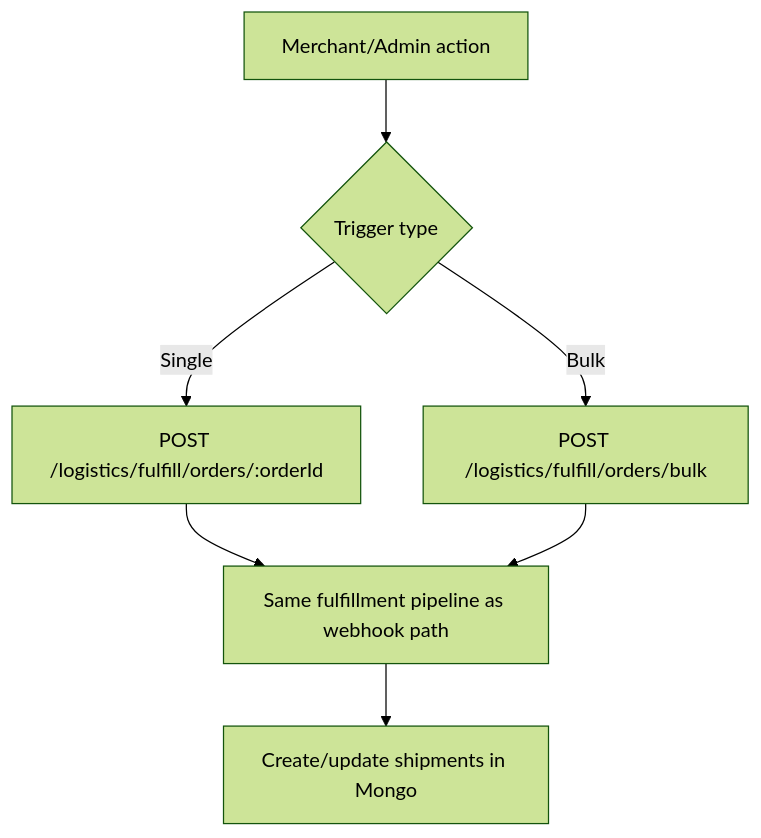
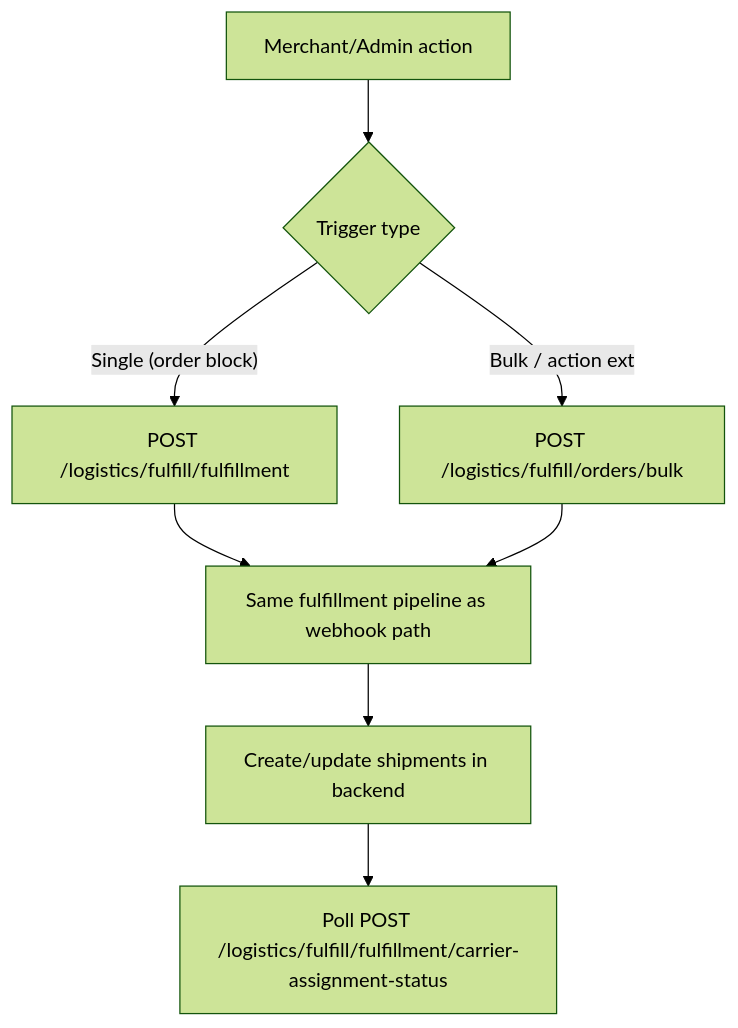
Before and after one commit to princesaliya4922/fynd-logistics-docs: the second of 4 diagrams in docs/04-how-to/fulfill-an-order.md, drawn with Mermaid (forest theme). The commit also changed other lines of this file and 48 other files, not shown here.

````diff
--- a/docs/04-how-to/fulfill-an-order.md
+++ b/docs/04-how-to/fulfill-an-order.md
@@ -67,9 +71,10 @@
 ```mermaid
 flowchart TD
     A[Merchant/Admin action] --> B{Trigger type}
-    B -- Single --> C[POST /logistics/fulfill/orders/:orderId]
-    B -- Bulk --> D[POST /logistics/fulfill/orders/bulk]
+    B -- Single (order block) --> C[POST /logistics/fulfill/fulfillment]
+    B -- Bulk / action ext --> D[POST /logistics/fulfill/orders/bulk]
     C --> E[Same fulfillment pipeline as webhook path]
     D --> E
-    E --> F[Create/update shipments in Mongo]
+    E --> F[Create/update shipments in backend]
+    F --> G[Poll POST /logistics/fulfill/fulfillment/carrier-assignment-status]
 ```
````
